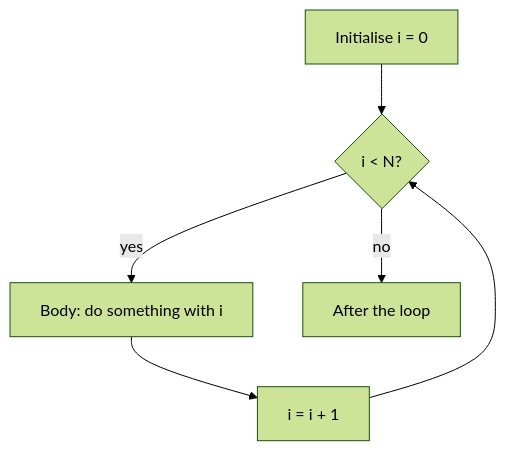
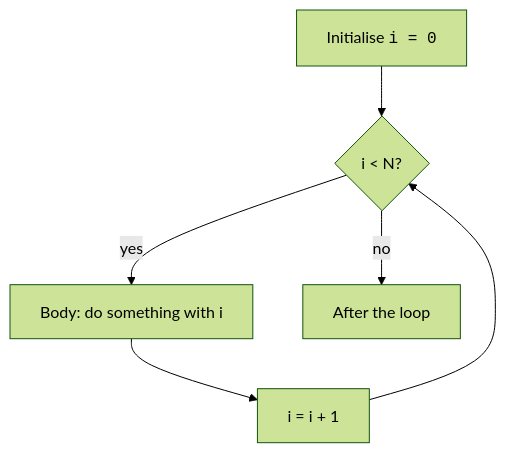
Before and after one commit to dataslope/dataslope: the second of 2 diagrams in content/learn/beginners-javascript/loops-and-iteration.mdx, drawn with Mermaid (forest theme). The commit also changed 218 other files, not shown here.

First line of the commit message:
Render code-only mermaid shapes in monospace; convert step sequences to Steps (#467)

````diff
--- a/content/learn/beginners-javascript/loops-and-iteration.mdx
+++ b/content/learn/beginners-javascript/loops-and-iteration.mdx
@@ -335,10 +335,10 @@
 ```mermaid
 flowchart TD
-    A[Initialise i = 0]
+    A["Initialise <code>i = 0</code>"]
     B{i < N?}
     C[Body: do something with i]
     D[i = i + 1]
     A --> B
     B -- yes --> C --> D --> B
     B -- no --> E[After the loop]
 ```
````
